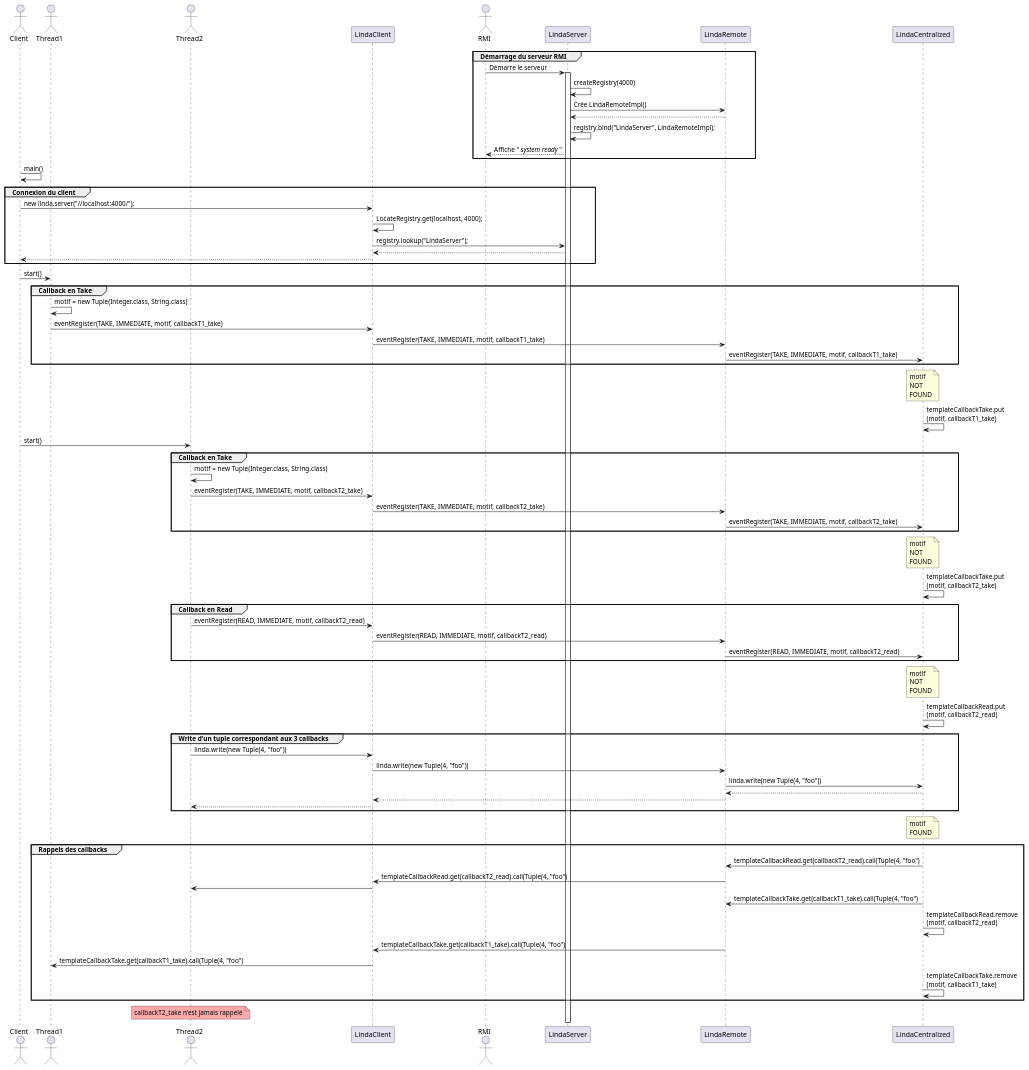
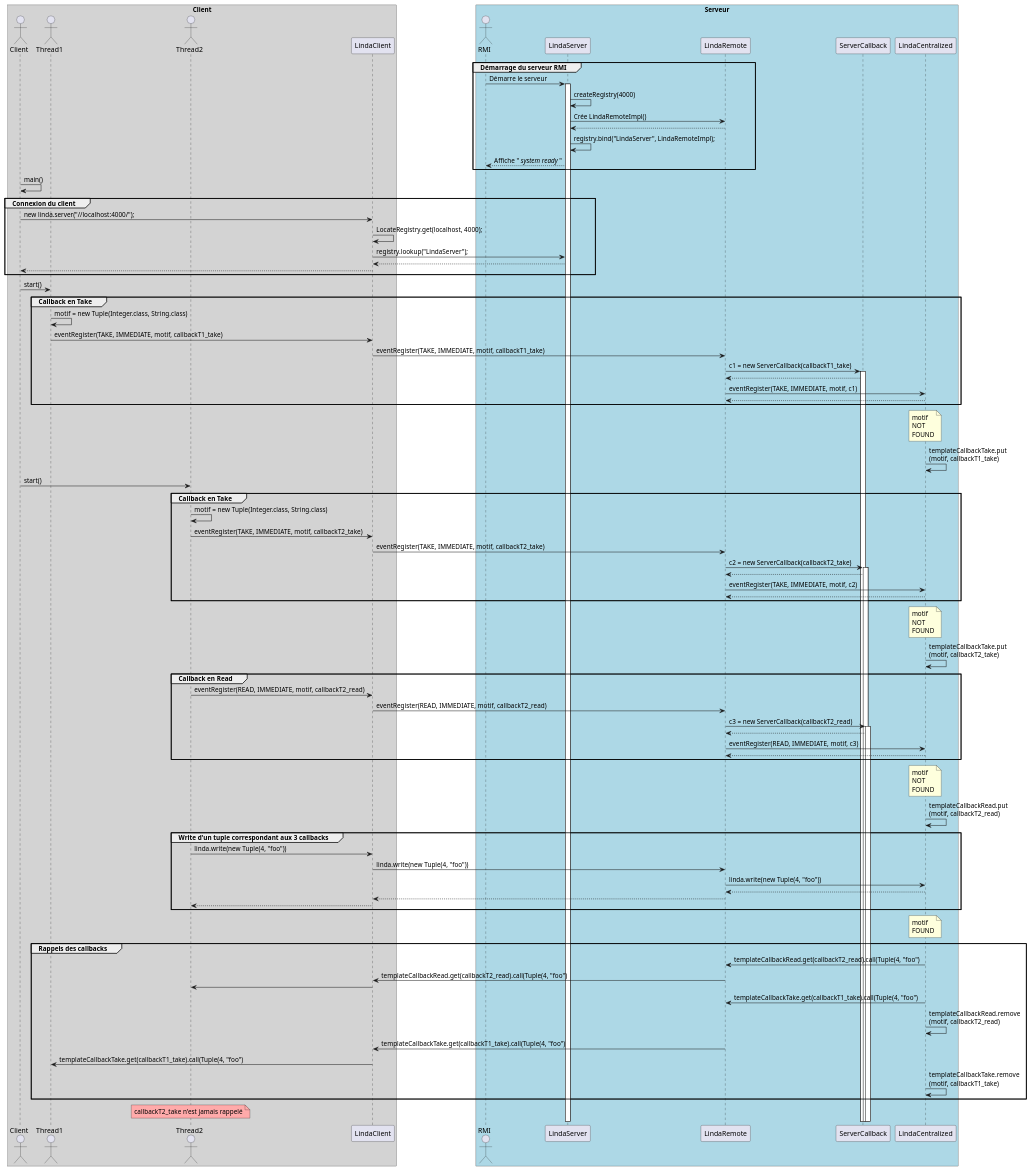
The diagram in linda/server/Diagramme/Sequences/Sequence_callback.plantuml (HayZun/Intergiciel), drawn with PlantUML before and after one commit. The commit also changed 11 other files, not shown here.

```diff
--- a/linda/server/Diagramme/Sequences/Sequence_callback.plantuml
+++ b/linda/server/Diagramme/Sequences/Sequence_callback.plantuml
@@ -1,132 +1,161 @@
 @startuml
 
+box "Client" #LightGrey
 actor "Client" as User
 actor Thread1
 actor Thread2
 participant LindaClient
+end box
+box "Serveur" #LightBlue
 actor RMI
 participant LindaServer
 participant LindaRemote
+participant ServerCallback
 participant "LindaCentralized" as Linda
+end box
 
 group Démarrage du serveur RMI
 
 RMI -> LindaServer: Démarre le serveur
 
 activate LindaServer
 
 LindaServer -> LindaServer: createRegistry(4000)
 
 LindaServer -> LindaRemote: Crée LindaRemoteImpl()
 
 LindaRemote --> LindaServer:
 
 LindaServer -> LindaServer: registry.bind("LindaServer", LindaRemoteImpl);
 
 LindaServer --> RMI: Affiche "// system ready //"
 
 end
 
 User -> User: main()
 
 group Connexion du client
 
 User -> LindaClient : new linda.server("//localhost:4000/");
 LindaClient -> LindaClient : LocateRegistry.get(localhost, 4000);
 LindaClient -> LindaServer : registry.lookup("LindaServer");
 LindaServer --> LindaClient
 LindaClient --> User
 
 end
 
 User -> Thread1: start()
 
 group Callback en Take
 
 Thread1 -> Thread1 : motif = new Tuple(Integer.class, String.class)
 
 Thread1 -> LindaClient: eventRegister(TAKE, IMMEDIATE, motif, callbackT1_take)
 
-LindaClient -> LindaRemote: eventRegister(TAKE, IMMEDIATE, motif, callbackT1_take)
+LindaClient -> LindaRemote : eventRegister(TAKE, IMMEDIATE, motif, callbackT1_take)
 
-LindaRemote -> Linda:  eventRegister(TAKE, IMMEDIATE, motif, callbackT1_take)
+LindaRemote -> ServerCallback : c1 = new ServerCallback(callbackT1_take)
+
+activate ServerCallback
+
+ServerCallback --> LindaRemote
+
+LindaRemote -> Linda:  eventRegister(TAKE, IMMEDIATE, motif, c1)
+
+Linda --> LindaRemote
 
 end
 
 note over Linda : motif \nNOT \nFOUND
 
 Linda -> Linda : templateCallbackTake.put\n(motif, callbackT1_take)
 
 User -> Thread2: start()
 
 group Callback en Take
 
 Thread2 -> Thread2 : motif = new Tuple(Integer.class, String.class)
 
 Thread2 -> LindaClient: eventRegister(TAKE, IMMEDIATE, motif, callbackT2_take)
 
 LindaClient -> LindaRemote : eventRegister(TAKE, IMMEDIATE, motif, callbackT2_take)
 
-LindaRemote -> Linda : eventRegister(TAKE, IMMEDIATE, motif, callbackT2_take)
+LindaRemote -> ServerCallback : c2 = new ServerCallback(callbackT2_take)
+
+activate ServerCallback
+
+ServerCallback --> LindaRemote
+
+LindaRemote -> Linda : eventRegister(TAKE, IMMEDIATE, motif, c2)
+
+Linda --> LindaRemote
 
 end
 
 note over Linda : motif \nNOT \nFOUND
 
 Linda -> Linda : templateCallbackTake.put\n(motif, callbackT2_take)
 
 group Callback en Read
 
 Thread2 -> LindaClient: eventRegister(READ, IMMEDIATE, motif, callbackT2_read)
 
 LindaClient -> LindaRemote: eventRegister(READ, IMMEDIATE, motif, callbackT2_read)
 
-LindaRemote -> Linda: eventRegister(READ, IMMEDIATE, motif, callbackT2_read)
+LindaRemote -> ServerCallback : c3 = new ServerCallback(callbackT2_read)
+
+activate ServerCallback
+
+ServerCallback --> LindaRemote
+
+LindaRemote -> Linda: eventRegister(READ, IMMEDIATE, motif, c3)
+
+Linda --> LindaRemote
 
 end
 
 note over Linda : motif \nNOT \nFOUND
 
 Linda -> Linda : templateCallbackRead.put\n(motif, callbackT2_read)
 
 group Write d'un tuple correspondant aux 3 callbacks
 
 Thread2 -> LindaClient: linda.write(new Tuple(4, "foo"))
 
 LindaClient -> LindaRemote: linda.write(new Tuple(4, "foo"))
 
 LindaRemote -> Linda : linda.write(new Tuple(4, "foo")) 
 
 Linda --> LindaRemote
 
 LindaRemote --> LindaClient
 
 LindaClient --> Thread2
 
 end
 
 note over Linda : motif \nFOUND
 
 group Rappels des callbacks
 
 Linda -> LindaRemote : templateCallbackRead.get(callbackT2_read).call(Tuple(4, "foo") 
 
 LindaRemote -> LindaClient : templateCallbackRead.get(callbackT2_read).call(Tuple(4, "foo") 
 
 LindaClient -> Thread2
 
 Linda -> LindaRemote : templateCallbackTake.get(callbackT1_take).call(Tuple(4, "foo")
 
 Linda -> Linda : templateCallbackRead.remove\n(motif, callbackT2_read)
 
 LindaRemote -> LindaClient : templateCallbackTake.get(callbackT1_take).call(Tuple(4, "foo")
 
 LindaClient -> Thread1 : templateCallbackTake.get(callbackT1_take).call(Tuple(4, "foo")
 
 Linda -> Linda : templateCallbackTake.remove\n(motif, callbackT1_take)
 
 end
 
 note over Thread2 #FFAAAA: callbackT2_take n'est jamais rappelé
 
 @enduml
```
